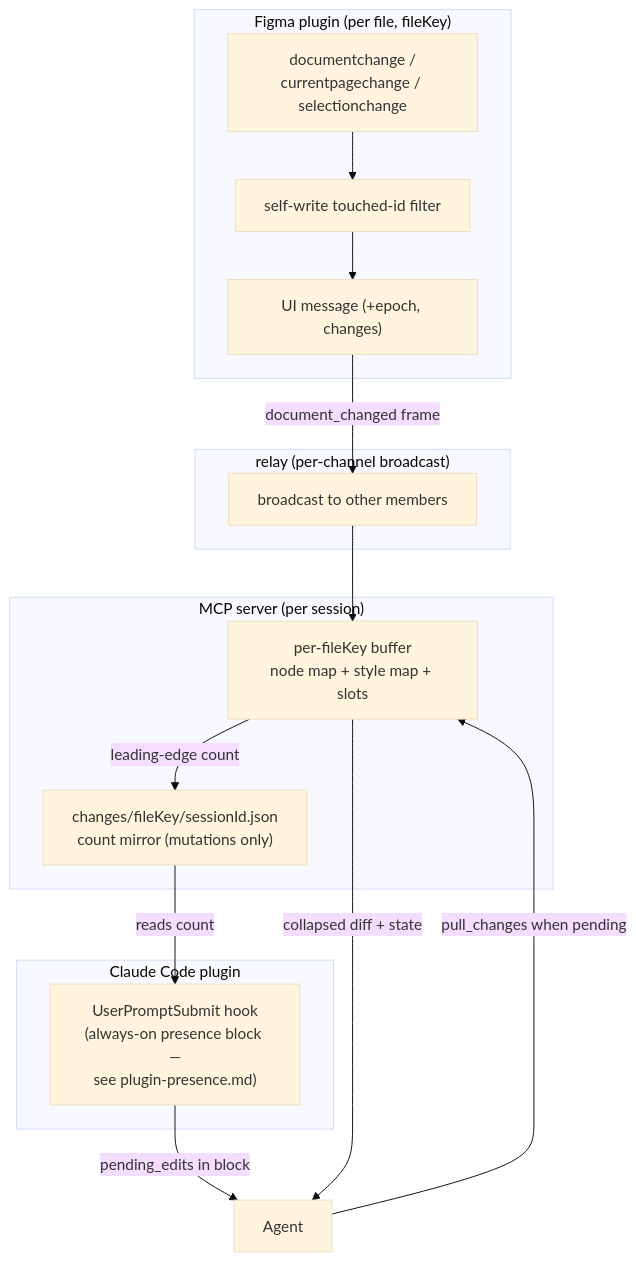
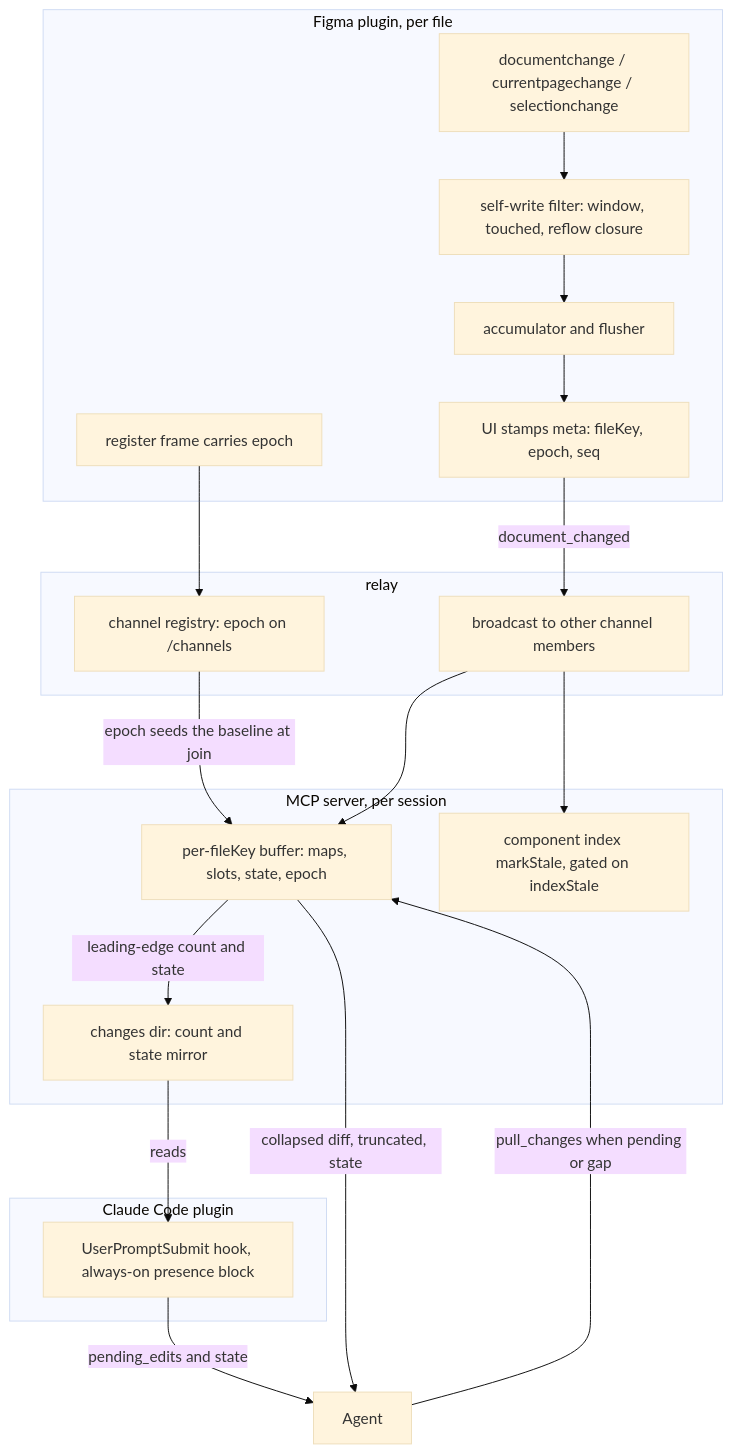
The second of 2 diagrams in docs/specs/change-feed.md (yleilu/figma-agent-bridge), drawn with Mermaid (base theme) before and after one commit. The commit also changed other lines of this file and 8 other files, not shown here.

````diff
--- a/docs/specs/change-feed.md
+++ b/docs/specs/change-feed.md
@@ -325,25 +873,32 @@
 ```mermaid
 flowchart TB
-    subgraph Plugin["Figma plugin (per file, fileKey)"]
-        L["documentchange /\ncurrentpagechange / selectionchange"]
-        G["self-write touched-id filter"]
-        UM["UI message (+epoch, changes)"]
+    subgraph Plugin["Figma plugin, per file"]
+        L["documentchange / currentpagechange / selectionchange"]
+        G["self-write filter: window, touched, reflow closure"]
+        A["accumulator and flusher"]
+        UM["UI stamps meta: fileKey, epoch, seq"]
+        R["register frame carries epoch"]
     end
-    subgraph Relay["relay (per-channel broadcast)"]
-        BC["broadcast to other members"]
+    subgraph Relay["relay"]
+        REG["channel registry: epoch on /channels"]
+        BC["broadcast to other channel members"]
     end
-    subgraph Server["MCP server (per session)"]
-        BUF["per-fileKey buffer\nnode map + style map + slots"]
-        CF["changes/fileKey/sessionId.json\ncount mirror (mutations only)"]
+    subgraph Server["MCP server, per session"]
+        BUF["per-fileKey buffer: maps, slots, state, epoch"]
+        CF["changes dir: count and state mirror"]
+        IDX["component index markStale, gated on indexStale"]
     end
     subgraph CC["Claude Code plugin"]
-        HK["UserPromptSubmit hook\n(always-on presence block —\nsee plugin-presence.md)"]
+        HK["UserPromptSubmit hook, always-on presence block"]
     end
-    L --> G --> UM -->|document_changed frame| BC
+    L --> G --> A --> UM -->|document_changed| BC
+    R --> REG
+    REG -->|epoch seeds the baseline at join| BUF
     BC --> BUF
-    BUF -->|leading-edge count| CF
-    CF -->|reads count| HK
-    HK -->|pending_edits in block| Agent
-    Agent -->|pull_changes when pending| BUF
-    BUF -->|collapsed diff + state| Agent
+    BC --> IDX
+    BUF -->|leading-edge count and state| CF
+    CF -->|reads| HK
+    HK -->|pending_edits and state| Agent
+    Agent -->|pull_changes when pending or gap| BUF
+    BUF -->|collapsed diff, truncated, state| Agent
 ```
````
